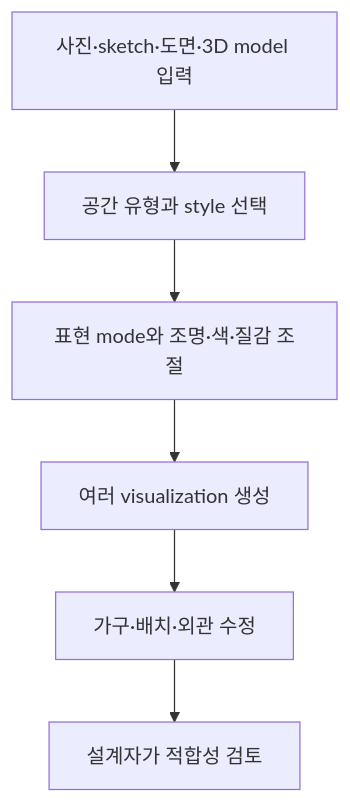
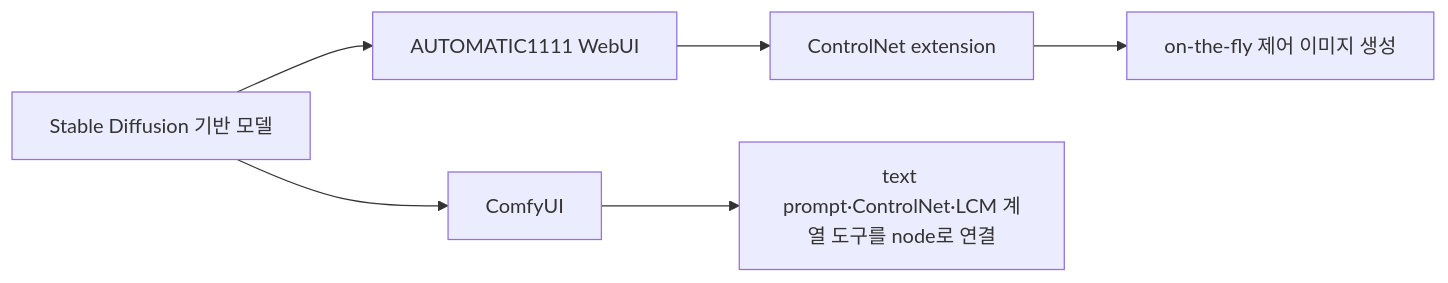
Before and after one commit to umyunsang/edu: the second of 2 diagrams in ComputerScience/03_ai-ml-data/generative-ai-fine-tuning/notes/26. 디자인 탐색과 제어.md, drawn with Mermaid. The commit also changed other lines of this file and 5 other files, not shown here.

````diff
--- a/ComputerScience/03_ai-ml-data/generative-ai-fine-tuning/notes/26. 디자인 탐색과 제어.md
+++ b/ComputerScience/03_ai-ml-data/generative-ai-fine-tuning/notes/26. 디자인 탐색과 제어.md
@@ -110,8 +167,8 @@
 ```mermaid
-flowchart TD
-    A["사진·sketch·도면·3D model 입력"] --> B["공간 유형과 style 선택"]
-    B --> C["표현 mode와 조명·색·질감 조절"]
-    C --> D["여러 visualization 생성"]
-    D --> E["가구·배치·외관 수정"]
-    E --> F["설계자가 적합성 검토"]
+flowchart LR
+    S["Stable Diffusion 기반 모델"] --> A["AUTOMATIC1111 WebUI"]
+    A --> C["ControlNet extension"]
+    C --> O["on-the-fly 제어 이미지 생성"]
+    S --> U["ComfyUI"]
+    U --> N["text prompt·ControlNet·LCM 계열 도구를 node로 연결"]
 ```
````
